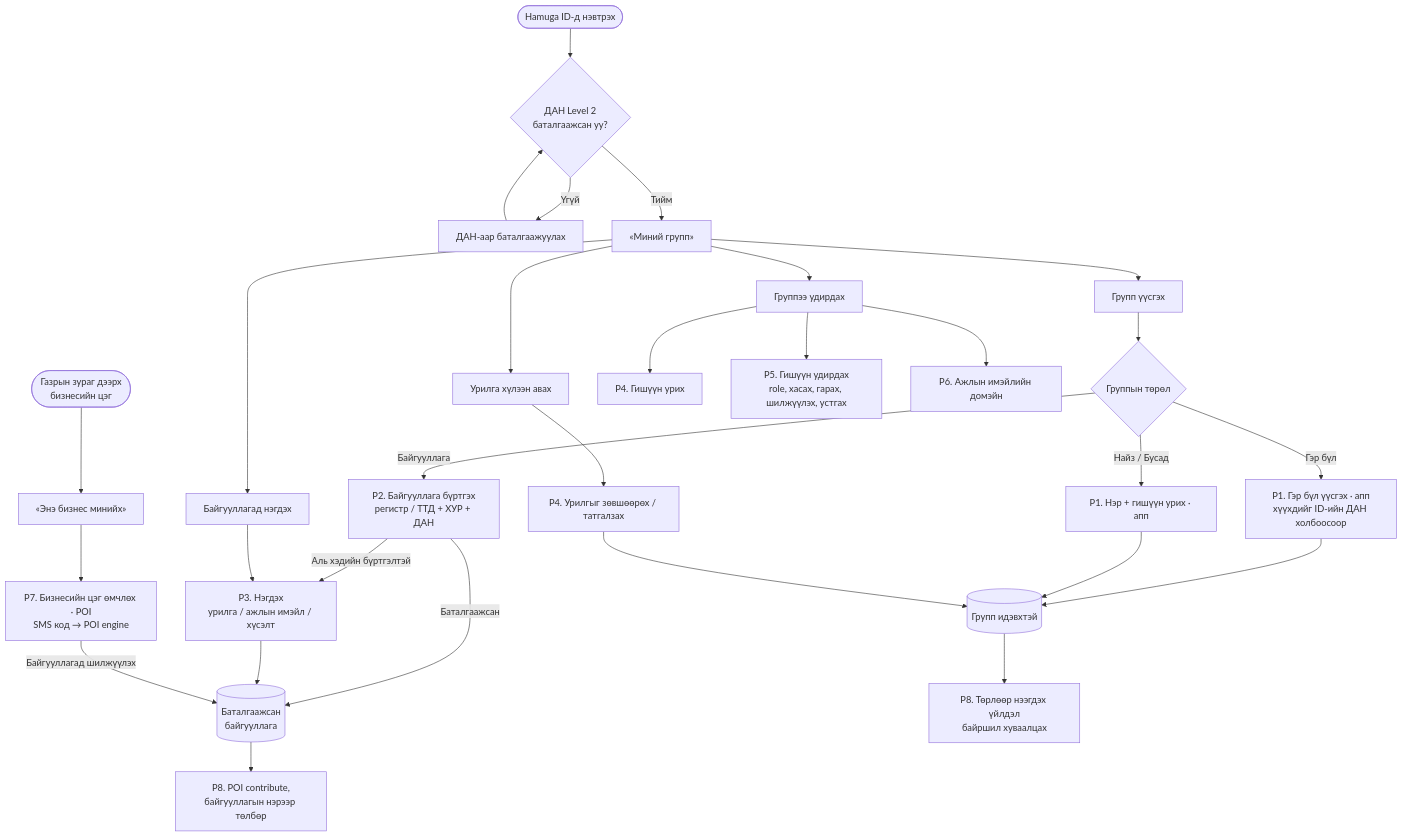
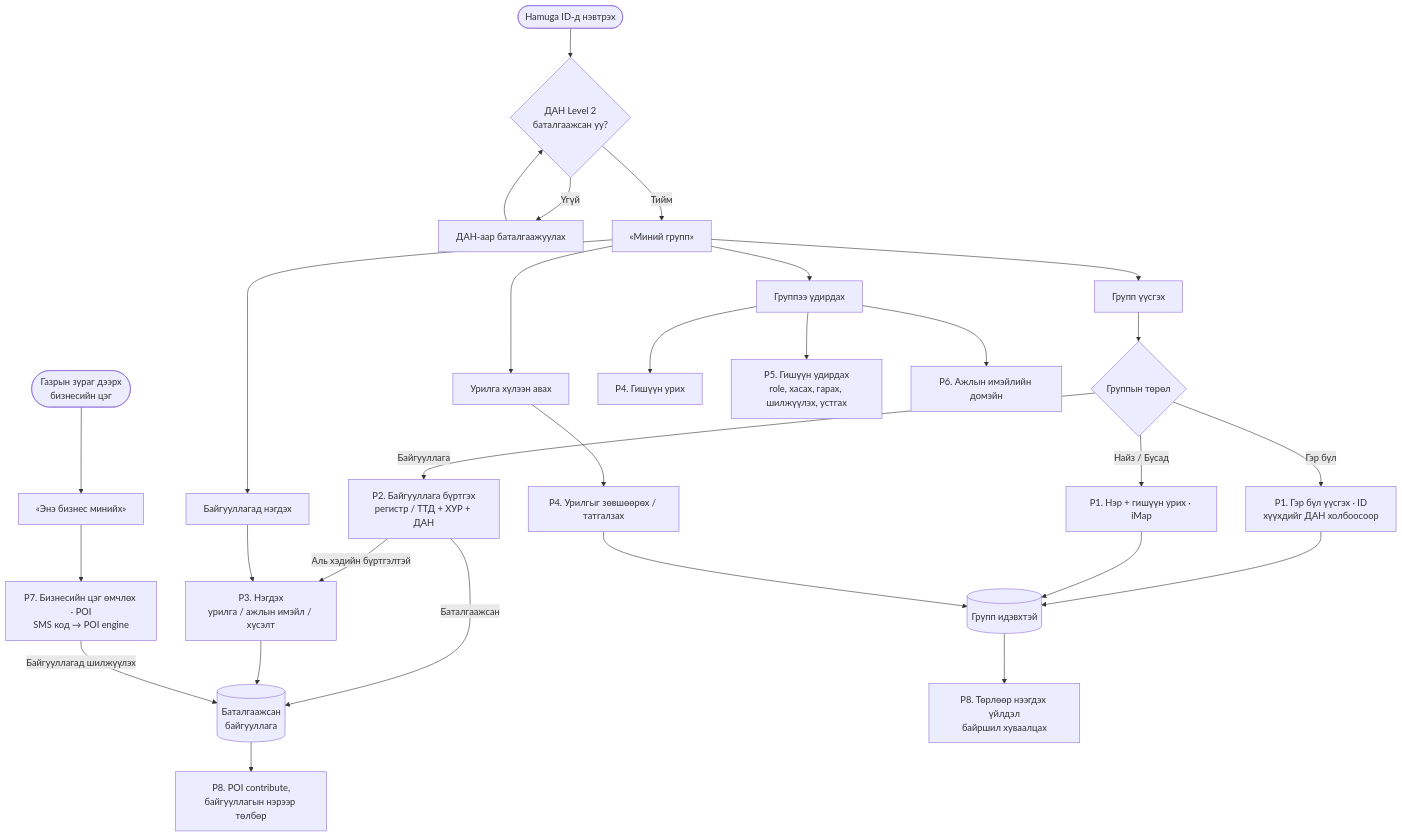
Before and after one commit to zayaennnn-arch/ID-Group: the first of 12 diagrams in docs/requirements/process-map-group-org-mn.md, drawn with Mermaid. The commit also changed other lines of this file and 9 other files, not shown here.

````diff
--- a/docs/requirements/process-map-group-org-mn.md
+++ b/docs/requirements/process-map-group-org-mn.md
@@ -22,34 +22,34 @@
 ```mermaid
 flowchart TD
     START(["Hamuga ID-д нэвтрэх"]) --> L2{"ДАН Level 2<br/>баталгаажсан уу?"}
     L2 -- "Үгүй" --> DAN["ДАН-аар баталгаажуулах"] --> L2
     L2 -- "Тийм" --> HOME["«Миний групп»"]
 
     HOME --> A1["Групп үүсгэх"]
     HOME --> A2["Урилга хүлээн авах"]
     HOME --> A3["Байгууллагад нэгдэх"]
     HOME --> A4["Группээ удирдах"]
     MAP(["Газрын зураг дээрх<br/>бизнесийн цэг"]) --> A5["«Энэ бизнес минийх»"]
 
     A1 --> TYPE{"Группын төрөл"}
-    TYPE -- "Гэр бүл" --> P1F["P1. Гэр бүл үүсгэх · апп<br/>хүүхдийг ID-ийн ДАН холбоосоор"]
-    TYPE -- "Найз / Бусад" --> P1S["P1. Нэр + гишүүн урих · апп"]
+    TYPE -- "Гэр бүл" --> P1F["P1. Гэр бүл үүсгэх · ID<br/>хүүхдийг ДАН холбоосоор"]
+    TYPE -- "Найз / Бусад" --> P1S["P1. Нэр + гишүүн урих · iMap"]
     TYPE -- "Байгууллага" --> P2["P2. Байгууллага бүртгэх<br/>регистр / ТТД + ХУР + ДАН"]
 
     P2 -- "Аль хэдийн бүртгэлтэй" --> P3
     A3 --> P3["P3. Нэгдэх<br/>урилга / ажлын имэйл / хүсэлт"]
     A2 --> P4B["P4. Урилгыг зөвшөөрөх / татгалзах"]
     A4 --> P4["P4. Гишүүн урих"]
     A4 --> P5["P5. Гишүүн удирдах<br/>role, хасах, гарах, шилжүүлэх, устгах"]
     A4 --> P6["P6. Ажлын имэйлийн домэйн"]
     A5 --> P7["P7. Бизнесийн цэг өмчлөх · POI<br/>SMS код → POI engine"]
 
     P1F --> G[("Групп идэвхтэй")]
     P1S --> G
     P2 -- "Баталгаажсан" --> GO[("Баталгаажсан<br/>байгууллага")]
     P3 --> GO
     P4B --> G
     P7 -- "Байгууллагад шилжүүлэх" --> GO
     G --> P8["P8. Төрлөөр нээгдэх үйлдэл<br/>байршил хуваалцах"]
     GO --> P8B["P8. POI contribute,<br/>байгууллагын нэрээр төлбөр"]
 ```
````
